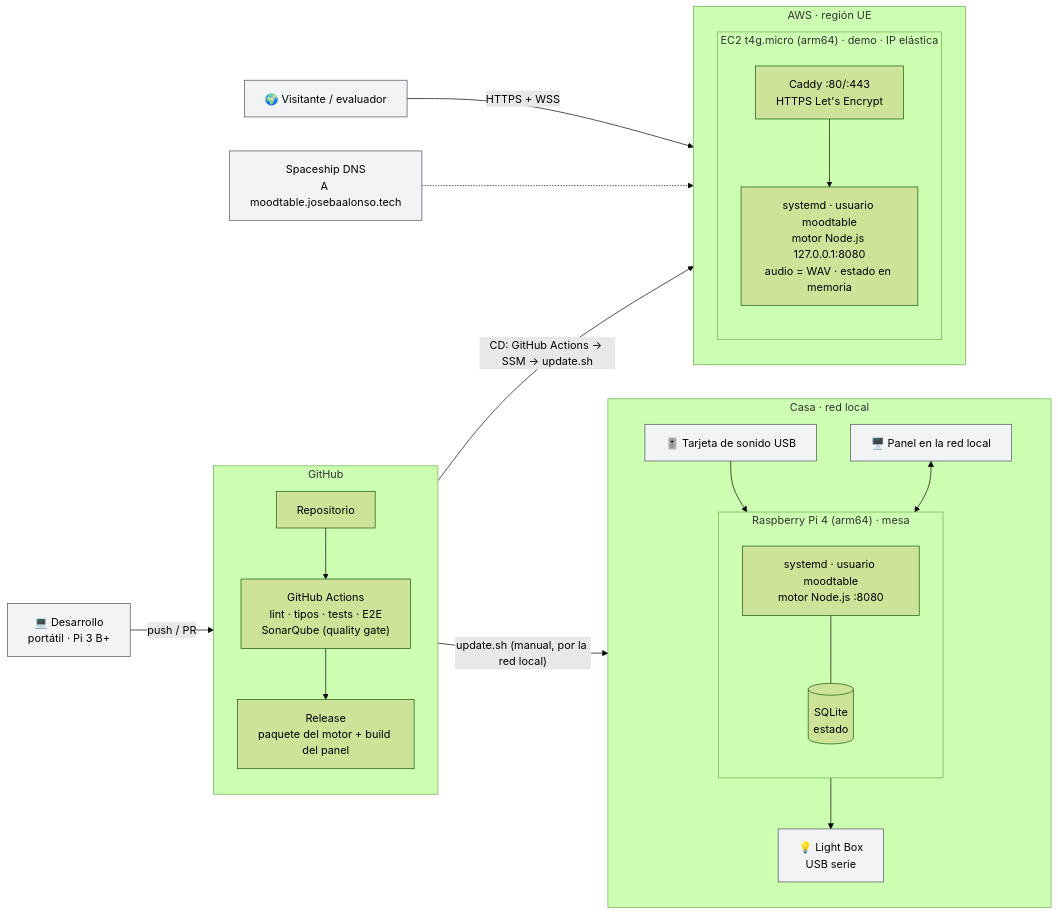
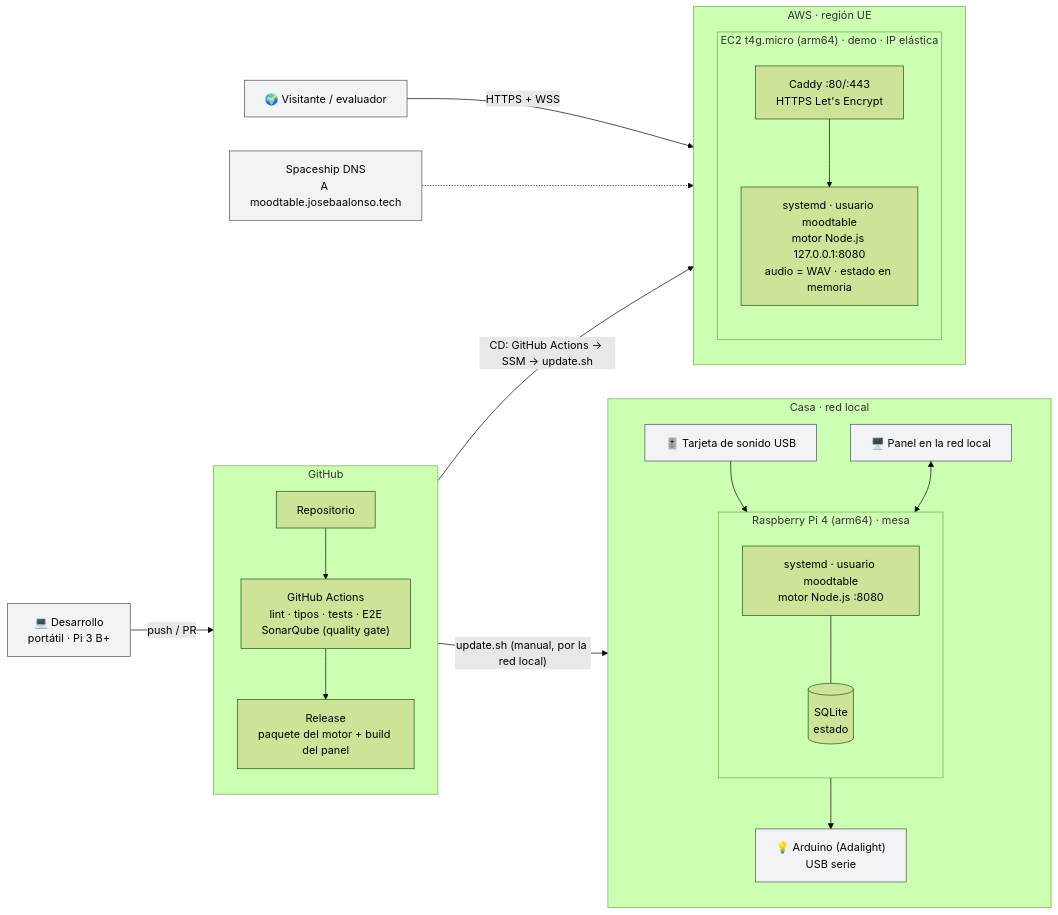
Before and after one commit to 7daysofrain/mood-table-v2: the second of 3 diagrams in readme.md, drawn with Mermaid (forest theme). The commit also changed other lines of this file and 1 other file, not shown here.

First line of the commit message:
docs: D46, el Arduino sustituye al Light Box

````diff
--- a/readme.md
+++ b/readme.md
@@ -451,50 +451,50 @@
 ```mermaid
 flowchart LR
   dev["💻 Desarrollo<br/>portátil · Pi 3 B+"]
 
   subgraph gh["GitHub"]
     direction TB
     repo["Repositorio"]
     ci["GitHub Actions<br/>lint · tipos · tests · E2E<br/>SonarQube (quality gate)"]
     rel["Release<br/>paquete del motor + build del panel"]
     repo --> ci --> rel
   end
 
   subgraph home["Casa · red local"]
     direction TB
     subgraph pi["Raspberry Pi 4 (arm64) · mesa"]
       direction TB
       svcPi["systemd · usuario moodtable<br/>motor Node.js :8080"]
       db[("SQLite<br/>estado")]
       svcPi --- db
     end
-    lb["💡 Light Box<br/>USB serie"]
+    lb["💡 Arduino (Adalight)<br/>USB serie"]
     snd["🎚️ Tarjeta de sonido USB"]
     lan["🖥️ Panel en la red local"]
     svcPi --> lb
     snd --> svcPi
     lan <--> svcPi
   end
 
   subgraph aws["AWS · región UE"]
     direction TB
     subgraph ec2["EC2 t4g.micro (arm64) · demo · IP elástica"]
       direction TB
       caddy["Caddy :80/:443<br/>HTTPS Let's Encrypt"]
       svcDemo["systemd · usuario moodtable<br/>motor Node.js 127.0.0.1:8080<br/>audio = WAV · estado en memoria"]
       caddy --> svcDemo
     end
   end
 
   dns["Spaceship DNS<br/>A moodtable.josebaalonso.tech"]
   visitor["🌍 Visitante / evaluador"]
 
   dev -- "push / PR" --> repo
   rel -- "update.sh (manual, por la red local)" --> svcPi
   rel -- "CD: GitHub Actions → SSM → update.sh" --> svcDemo
   visitor -- "HTTPS + WSS" --> caddy
   dns -.-> caddy
 
   classDef ext fill:#f1f3f5,stroke:#495057,color:#000
   class dev,visitor,dns,lb,snd,lan ext
 ```
````
